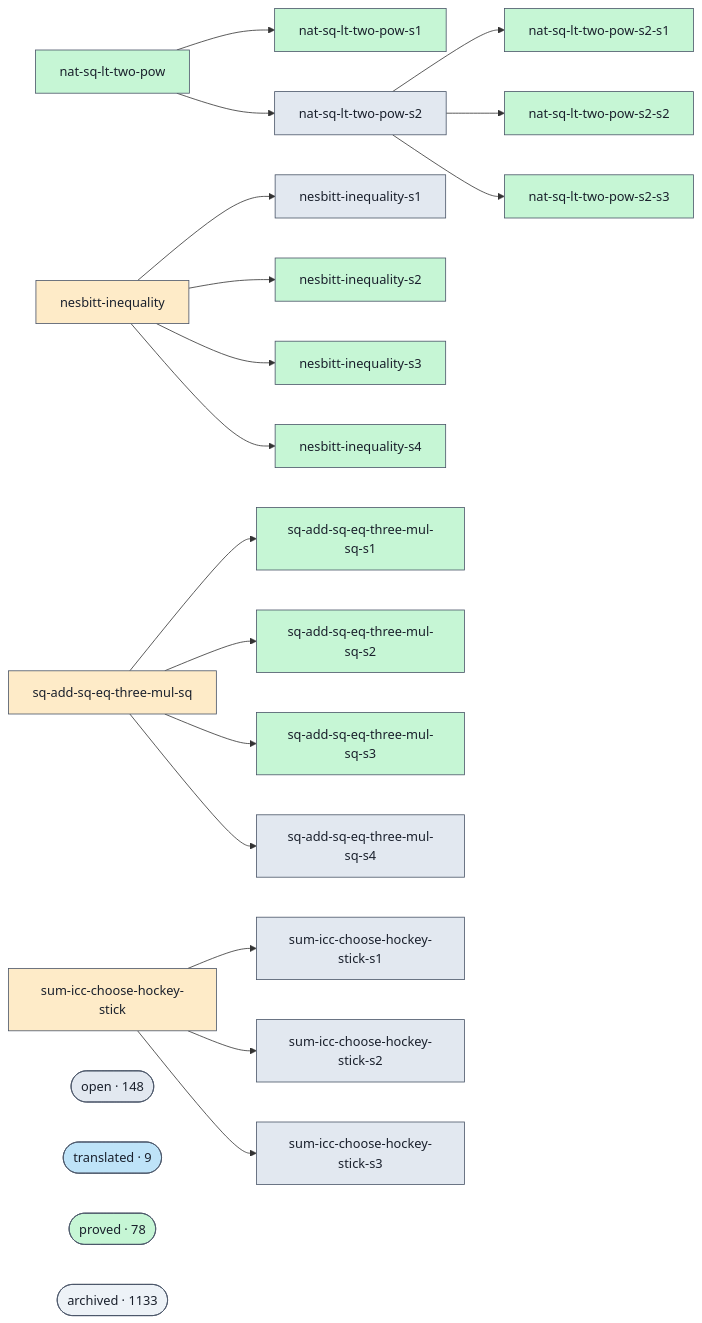
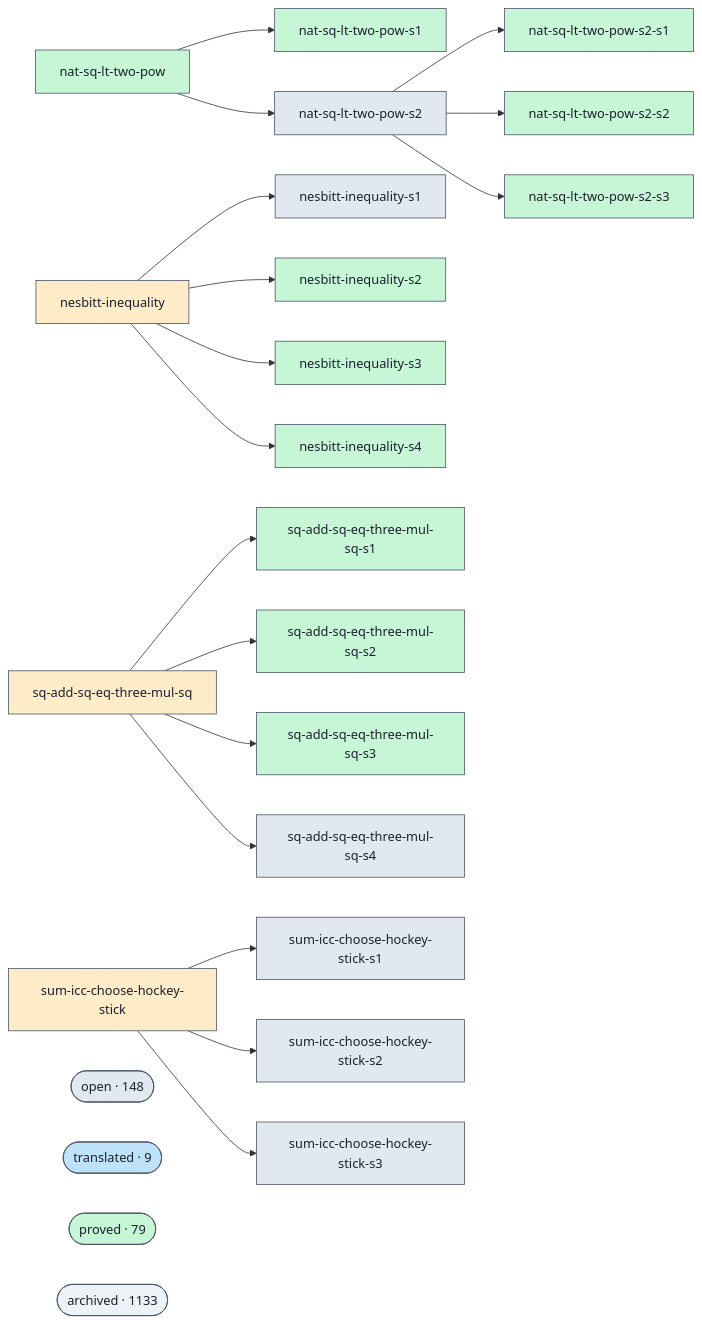
Before and after one commit to ohdearquant/unsorry: the diagram in docs/proofs-contributors-visualisation.md, drawn with Mermaid. The commit also changed other lines of this file and 2 other files, not shown here.

```diff
--- a/docs/proofs-contributors-visualisation.md
+++ b/docs/proofs-contributors-visualisation.md
@@ -102,7 +102,7 @@
   class cluster_open open;
   cluster_translated(["translated · 9"])
   class cluster_translated translated;
-  cluster_proved(["proved · 78"])
+  cluster_proved(["proved · 79"])
   class cluster_proved proved;
   cluster_archived(["archived · 1133"])
   class cluster_archived unknown;
```
